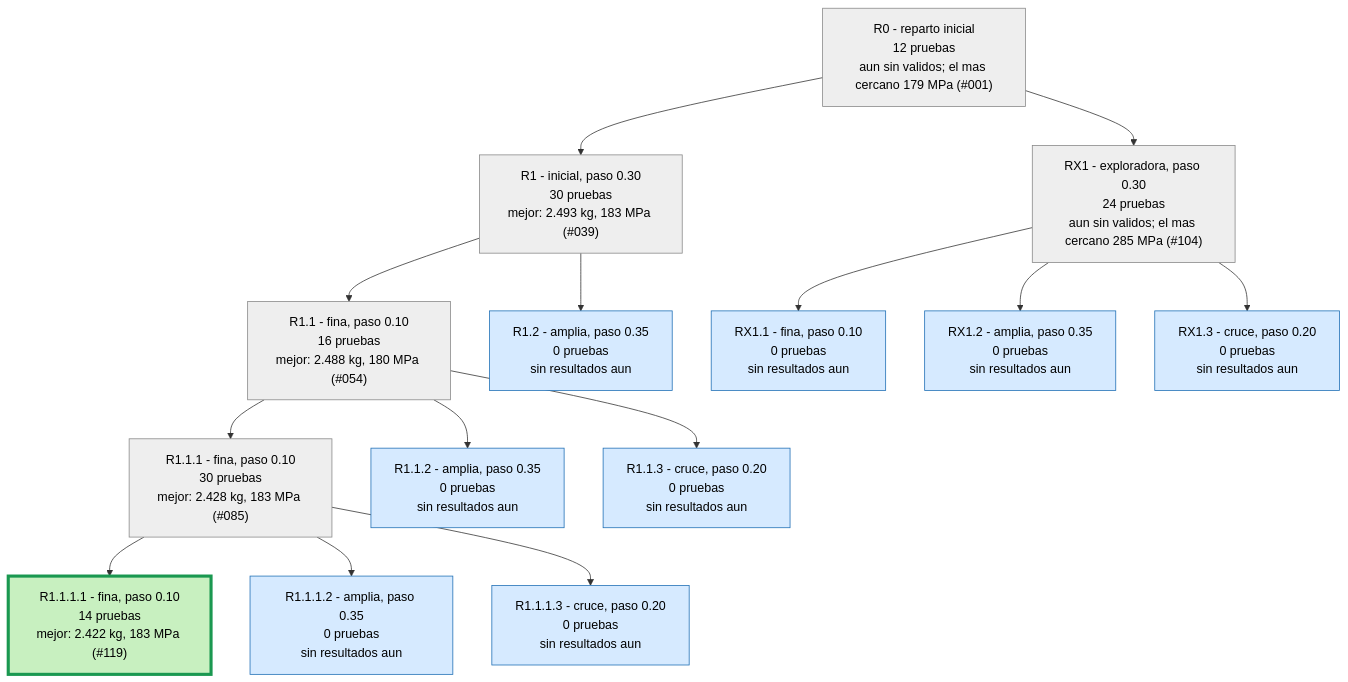
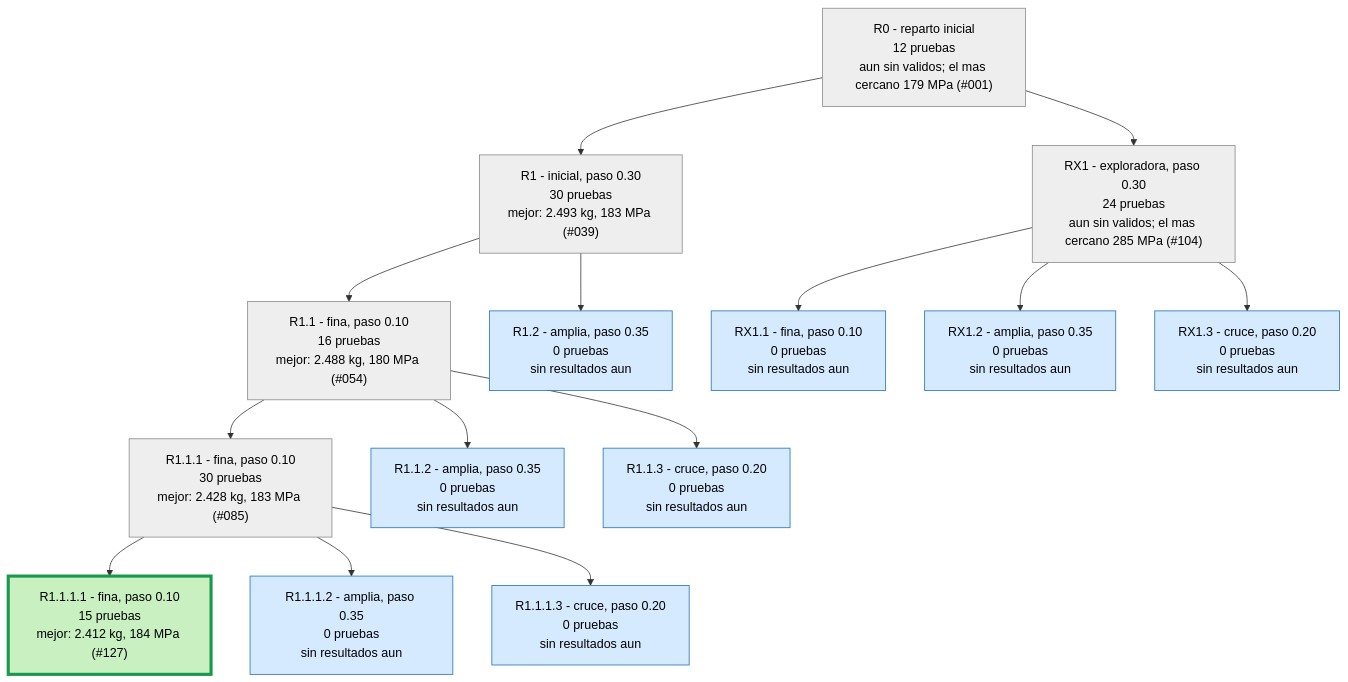
The second of 3 diagrams in runs/opt_37800N/ARBOL.md (Hugiko/msd-soporte-optimizacion), drawn with Mermaid before and after one commit. The commit also changed 65 other files, not shown here.

Commit message:
NUEVO MEJOR DISENO: 2.412 kg, 184 MPa (Refuerzo + vaciado 127)

````diff
--- a/runs/opt_37800N/ARBOL.md
+++ b/runs/opt_37800N/ARBOL.md
@@ -29,33 +29,33 @@
 ```mermaid
 graph TD
 classDef activa fill:#d6eaff,stroke:#1f6fb5,color:#000
 classDef fin fill:#eeeeee,stroke:#888,color:#000
 classDef mejor fill:#c8f0c0,stroke:#1a9850,stroke-width:4px,color:#000
 R0["R0 - reparto inicial<br/>12 pruebas<br/>aun sin validos; el mas cercano 179 MPa (#001)"]:::fin
 R1["R1 - inicial, paso 0.30<br/>30 pruebas<br/>mejor: 2.493 kg, 183 MPa (#039)"]:::fin
 R0 --> R1
 R1_1["R1.1 - fina, paso 0.10<br/>16 pruebas<br/>mejor: 2.488 kg, 180 MPa (#054)"]:::fin
 R1 --> R1_1
 R1_2["R1.2 - amplia, paso 0.35<br/>0 pruebas<br/>sin resultados aun"]:::activa
 R1 --> R1_2
 R1_1_1["R1.1.1 - fina, paso 0.10<br/>30 pruebas<br/>mejor: 2.428 kg, 183 MPa (#085)"]:::fin
 R1_1 --> R1_1_1
 R1_1_2["R1.1.2 - amplia, paso 0.35<br/>0 pruebas<br/>sin resultados aun"]:::activa
 R1_1 --> R1_1_2
 R1_1_3["R1.1.3 - cruce, paso 0.20<br/>0 pruebas<br/>sin resultados aun"]:::activa
 R1_1 --> R1_1_3
-R1_1_1_1["R1.1.1.1 - fina, paso 0.10<br/>14 pruebas<br/>mejor: 2.422 kg, 183 MPa (#119)"]:::mejor
+R1_1_1_1["R1.1.1.1 - fina, paso 0.10<br/>15 pruebas<br/>mejor: 2.412 kg, 184 MPa (#127)"]:::mejor
 R1_1_1 --> R1_1_1_1
 R1_1_1_2["R1.1.1.2 - amplia, paso 0.35<br/>0 pruebas<br/>sin resultados aun"]:::activa
 R1_1_1 --> R1_1_1_2
 R1_1_1_3["R1.1.1.3 - cruce, paso 0.20<br/>0 pruebas<br/>sin resultados aun"]:::activa
 R1_1_1 --> R1_1_1_3
 RX1["RX1 - exploradora, paso 0.30<br/>24 pruebas<br/>aun sin validos; el mas cercano 285 MPa (#104)"]:::fin
 R0 --> RX1
 RX1_1["RX1.1 - fina, paso 0.10<br/>0 pruebas<br/>sin resultados aun"]:::activa
 RX1 --> RX1_1
 RX1_2["RX1.2 - amplia, paso 0.35<br/>0 pruebas<br/>sin resultados aun"]:::activa
 RX1 --> RX1_2
 RX1_3["RX1.3 - cruce, paso 0.20<br/>0 pruebas<br/>sin resultados aun"]:::activa
 RX1 --> RX1_3
 ```
````
